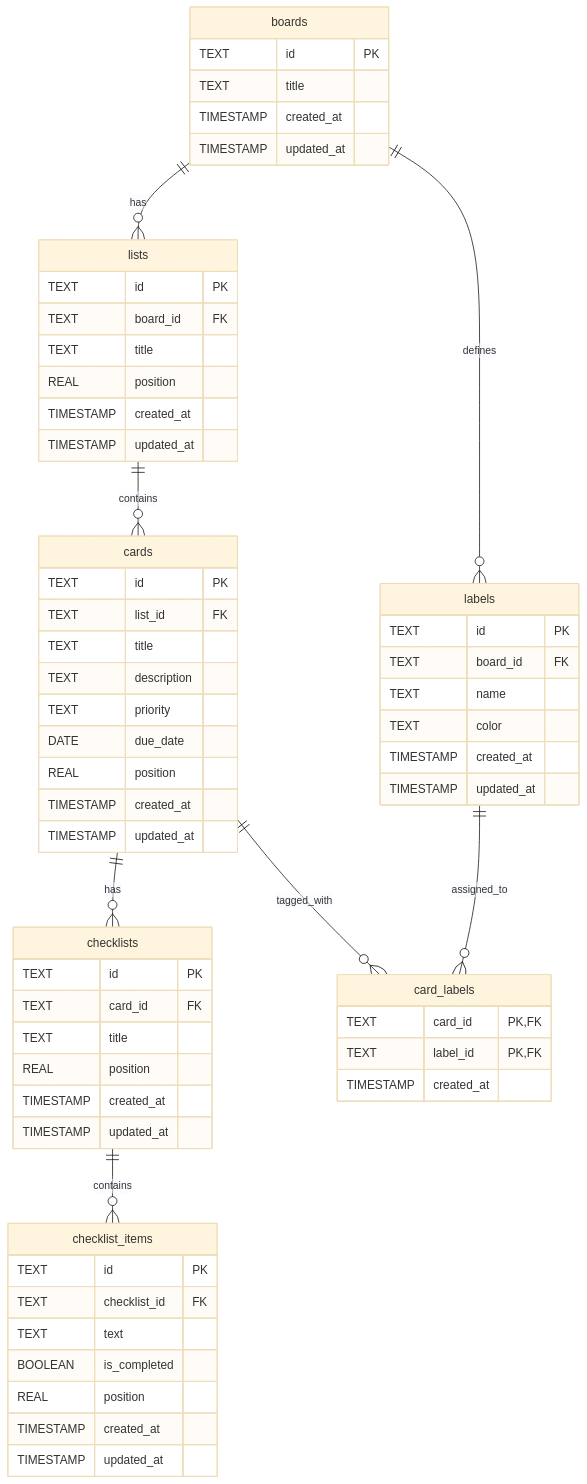
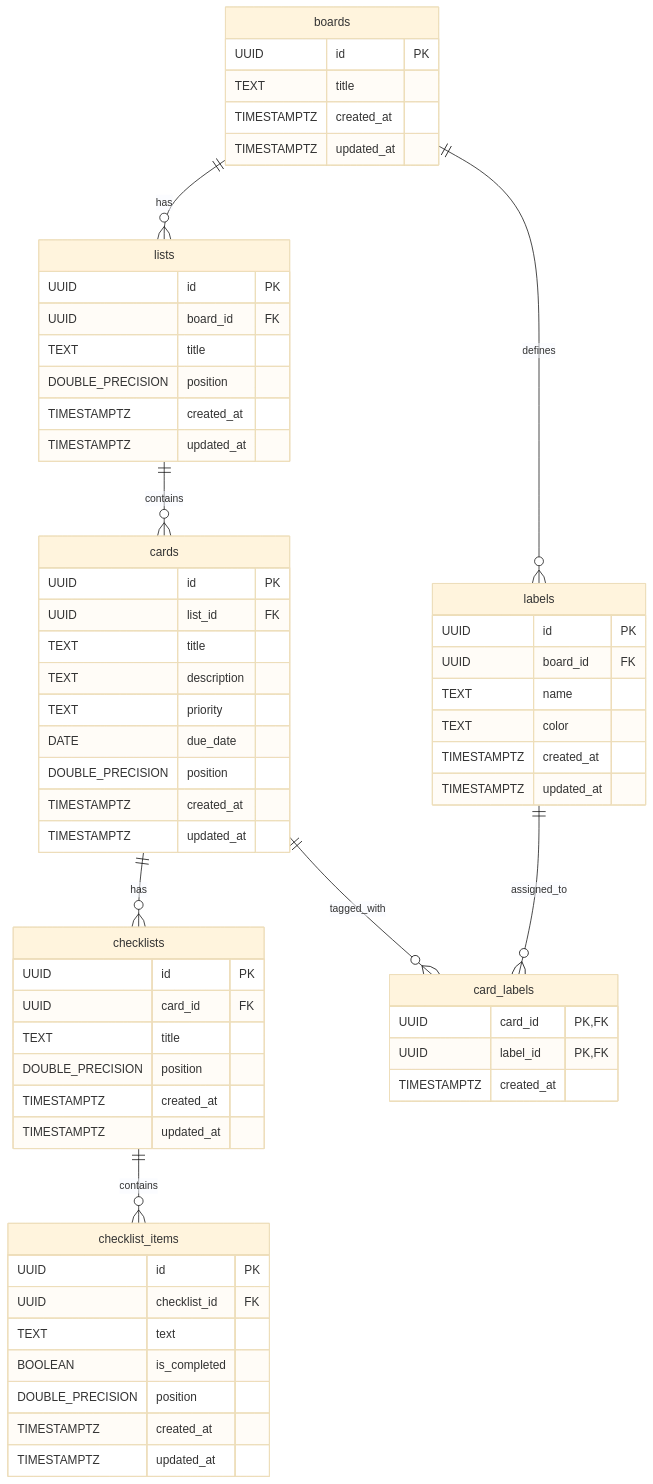
Before and after one commit to macmakobaseballer/TaskManagementForAI: the diagram in docs/データベース設計.md, drawn with Mermaid (base theme). The commit also changed other lines of this file and 1 other file, not shown here.

````diff
--- a/docs/データベース設計.md
+++ b/docs/データベース設計.md
@@ -26,66 +27,66 @@
 ```mermaid
 erDiagram
     boards ||--o{ lists           : "has"
     boards ||--o{ labels          : "defines"
     lists  ||--o{ cards           : "contains"
     cards  ||--o{ checklists      : "has"
     cards  ||--o{ card_labels     : "tagged_with"
     labels ||--o{ card_labels     : "assigned_to"
     checklists ||--o{ checklist_items : "contains"
 
     boards {
-        TEXT      id PK
-        TEXT      title
-        TIMESTAMP created_at
-        TIMESTAMP updated_at
+        UUID             id PK
+        TEXT             title
+        TIMESTAMPTZ      created_at
+        TIMESTAMPTZ      updated_at
     }
     lists {
-        TEXT      id PK
-        TEXT      board_id FK
-        TEXT      title
-        REAL      position
-        TIMESTAMP created_at
-        TIMESTAMP updated_at
+        UUID             id PK
+        UUID             board_id FK
+        TEXT             title
+        DOUBLE_PRECISION position
+        TIMESTAMPTZ      created_at
+        TIMESTAMPTZ      updated_at
     }
     cards {
-        TEXT      id PK
-        TEXT      list_id FK
-        TEXT      title
-        TEXT      description
-        TEXT      priority
-        DATE      due_date
-        REAL      position
-        TIMESTAMP created_at
-        TIMESTAMP updated_at
+        UUID             id PK
+        UUID             list_id FK
+        TEXT             title
+        TEXT             description
+        TEXT             priority
+        DATE             due_date
+        DOUBLE_PRECISION position
+        TIMESTAMPTZ      created_at
+        TIMESTAMPTZ      updated_at
     }
     labels {
-        TEXT      id PK
-        TEXT      board_id FK
-        TEXT      name
-        TEXT      color
-        TIMESTAMP created_at
-        TIMESTAMP updated_at
+        UUID             id PK
+        UUID             board_id FK
+        TEXT             name
+        TEXT             color
+        TIMESTAMPTZ      created_at
+        TIMESTAMPTZ      updated_at
     }
     card_labels {
-        TEXT      card_id PK,FK
-        TEXT      label_id PK,FK
-        TIMESTAMP created_at
+        UUID             card_id PK,FK
+        UUID             label_id PK,FK
+        TIMESTAMPTZ      created_at
     }
     checklists {
-        TEXT      id PK
-        TEXT      card_id FK
-        TEXT      title
-        REAL      position
-        TIMESTAMP created_at
-        TIMESTAMP updated_at
+        UUID             id PK
+        UUID             card_id FK
+        TEXT             title
+        DOUBLE_PRECISION position
+        TIMESTAMPTZ      created_at
+        TIMESTAMPTZ      updated_at
     }
     checklist_items {
-        TEXT      id PK
-        TEXT      checklist_id FK
-        TEXT      text
-        BOOLEAN   is_completed
-        REAL      position
-        TIMESTAMP created_at
-        TIMESTAMP updated_at
+        UUID             id PK
+        UUID             checklist_id FK
+        TEXT             text
+        BOOLEAN          is_completed
+        DOUBLE_PRECISION position
+        TIMESTAMPTZ      created_at
+        TIMESTAMPTZ      updated_at
     }
 ```
````
